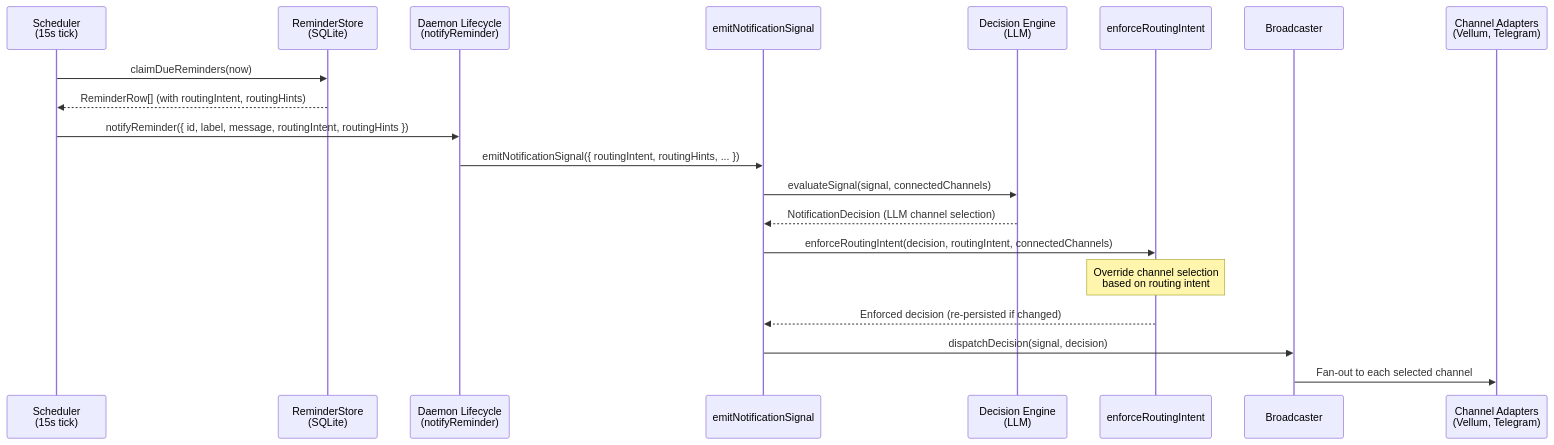
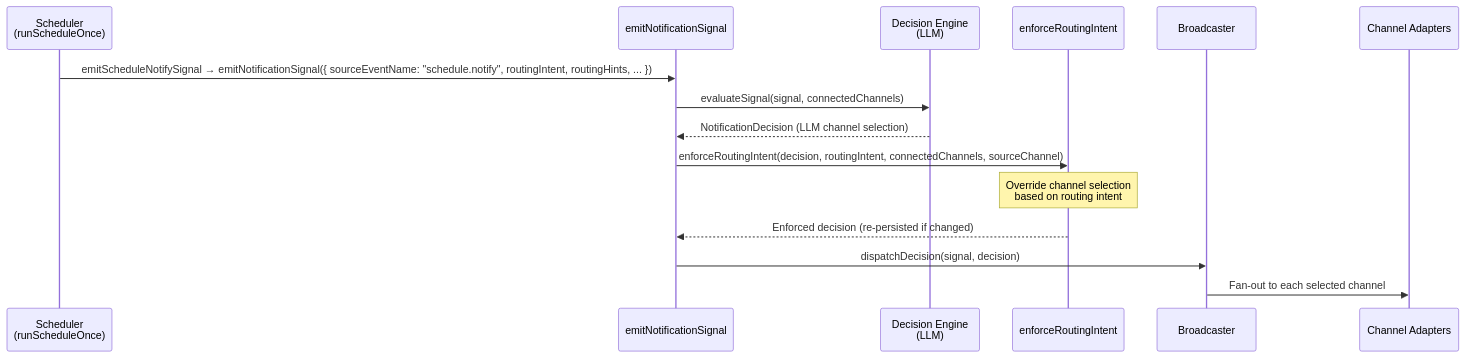
The first of 2 diagrams in assistant/docs/architecture/scheduling.md (vellum-ai/vellum-assistant), drawn with Mermaid before and after one commit. The commit also changed other lines of this file and 1 other file, not shown here.

Commit message:
docs(schedule): routing docs describe schedules, not the dropped reminders table

````diff
--- a/assistant/docs/architecture/scheduling.md
+++ b/assistant/docs/architecture/scheduling.md
@@ -69,23 +69,18 @@
 ```mermaid
 sequenceDiagram
-    participant Scheduler as Scheduler<br/>(15s tick)
-    participant Store as ReminderStore<br/>(SQLite)
-    participant Lifecycle as Daemon Lifecycle<br/>(notifyReminder)
+    participant Scheduler as Scheduler<br/>(runScheduleOnce)
     participant Signal as emitNotificationSignal
     participant Engine as Decision Engine<br/>(LLM)
     participant Enforce as enforceRoutingIntent
     participant Broadcaster as Broadcaster
-    participant Adapters as Channel Adapters<br/>(Vellum, Telegram)
+    participant Adapters as Channel Adapters
 
-    Scheduler->>Store: claimDueReminders(now)
-    Store-->>Scheduler: ReminderRow[] (with routingIntent, routingHints)
-    Scheduler->>Lifecycle: notifyReminder({ id, label, message, routingIntent, routingHints })
-    Lifecycle->>Signal: emitNotificationSignal({ routingIntent, routingHints, ... })
+    Scheduler->>Signal: emitScheduleNotifySignal → emitNotificationSignal({ sourceEventName: "schedule.notify", routingIntent, routingHints, ... })
     Signal->>Engine: evaluateSignal(signal, connectedChannels)
     Engine-->>Signal: NotificationDecision (LLM channel selection)
-    Signal->>Enforce: enforceRoutingIntent(decision, routingIntent, connectedChannels)
+    Signal->>Enforce: enforceRoutingIntent(decision, routingIntent, connectedChannels, sourceChannel)
     Note over Enforce: Override channel selection<br/>based on routing intent
     Enforce-->>Signal: Enforced decision (re-persisted if changed)
     Signal->>Broadcaster: dispatchDecision(signal, decision)
     Broadcaster->>Adapters: Fan-out to each selected channel
 ```
````
